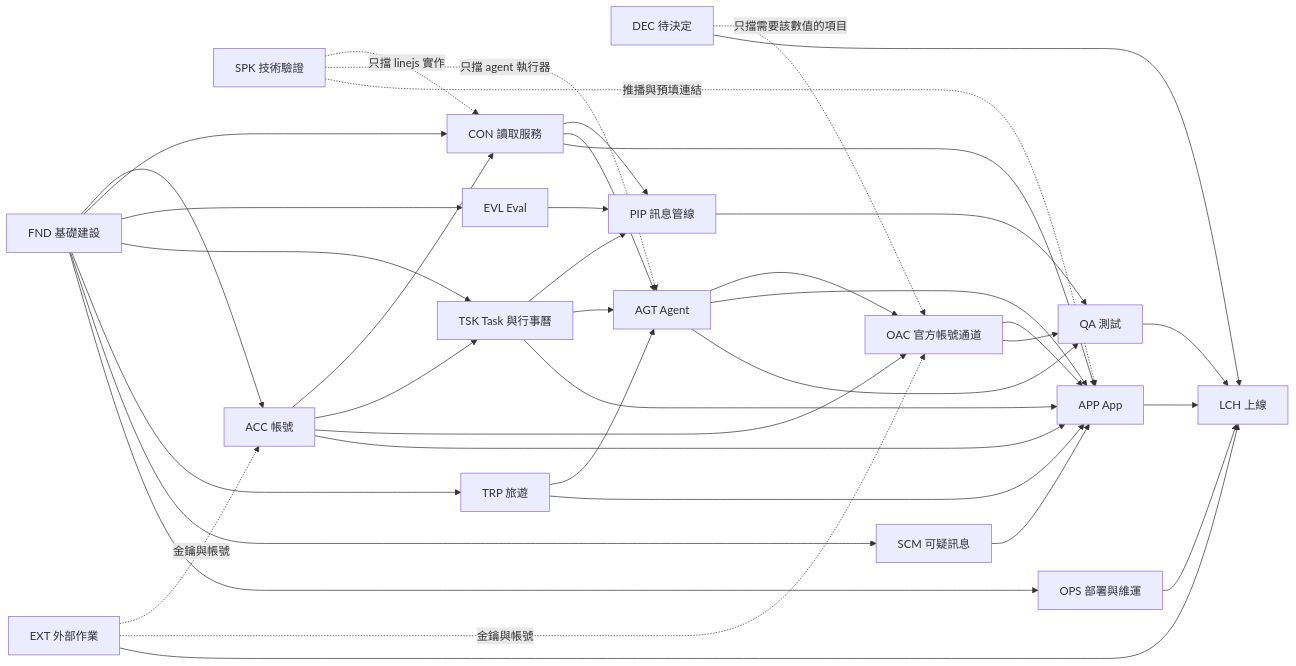
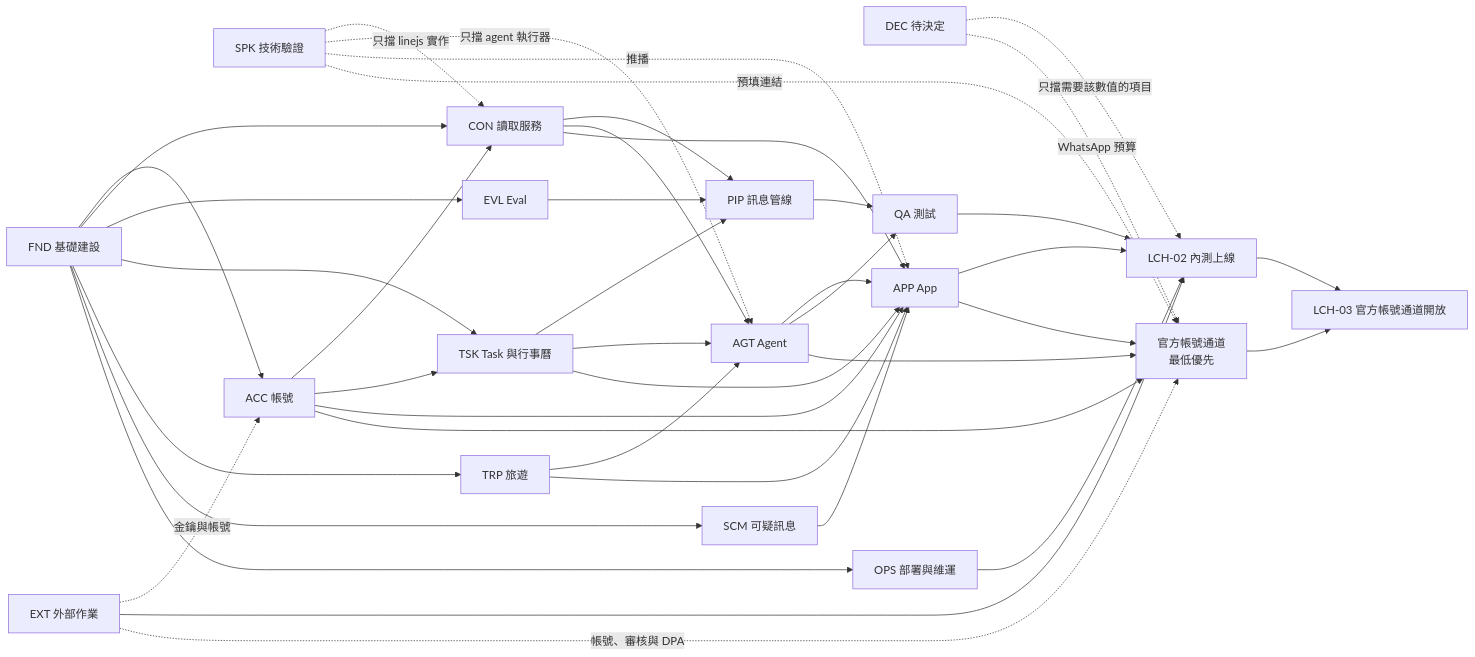
The diagram in docs/plan/work-items.md (kaija/arlo-tern), drawn with Mermaid before and after one commit. The commit also changed other lines of this file and 3 other files, not shown here.

````diff
--- a/docs/plan/work-items.md
+++ b/docs/plan/work-items.md
@@ -45,59 +57,63 @@
 ```mermaid
 flowchart LR
   SPK[SPK 技術驗證]
   EXT[EXT 外部作業]
   DEC[DEC 待決定]
   FND[FND 基礎建設]
   ACC[ACC 帳號]
   CON[CON 讀取服務]
   EVL[EVL Eval]
   PIP[PIP 訊息管線]
   TSK[TSK Task 與行事曆]
   SCM[SCM 可疑訊息]
   TRP[TRP 旅遊]
   AGT[AGT Agent]
-  OAC[OAC 官方帳號通道]
   APP[APP App]
   OPS[OPS 部署與維運]
   QA[QA 測試]
-  LCH[LCH 上線]
+  LCH[LCH-02 內測上線]
+  OAT[官方帳號通道<br/>最低優先]
+  LCH3[LCH-03 官方帳號通道開放]
 
   FND --> ACC
   FND --> CON
   FND --> EVL
   FND --> TSK
   FND --> TRP
   FND --> SCM
   ACC --> CON
   ACC --> TSK
   CON --> PIP
   EVL --> PIP
   TSK --> PIP
   TSK --> AGT
   TRP --> AGT
   CON --> AGT
-  AGT --> OAC
-  ACC --> OAC
   SPK -. 只擋 linejs 實作 .-> CON
   SPK -. 只擋 agent 執行器 .-> AGT
-  SPK -. 推播與預填連結 .-> APP
+  SPK -. 推播 .-> APP
   EXT -. 金鑰與帳號 .-> ACC
-  EXT -. 金鑰與帳號 .-> OAC
-  DEC -. 只擋需要該數值的項目 .-> OAC
   ACC --> APP
   CON --> APP
   TSK --> APP
   SCM --> APP
   TRP --> APP
   AGT --> APP
-  OAC --> APP
   FND --> OPS
   PIP --> QA
   AGT --> QA
-  OAC --> QA
   APP --> LCH
   OPS --> LCH
   QA --> LCH
   EXT --> LCH
-  DEC --> LCH
+  DEC -. 只擋需要該數值的項目 .-> LCH
+
+  ACC --> OAT
+  AGT --> OAT
+  APP --> OAT
+  SPK -. 預填連結 .-> OAT
+  EXT -. 帳號、審核與 DPA .-> OAT
+  DEC -. WhatsApp 預算 .-> OAT
+  OAT --> LCH3
+  LCH --> LCH3
 ```
````
